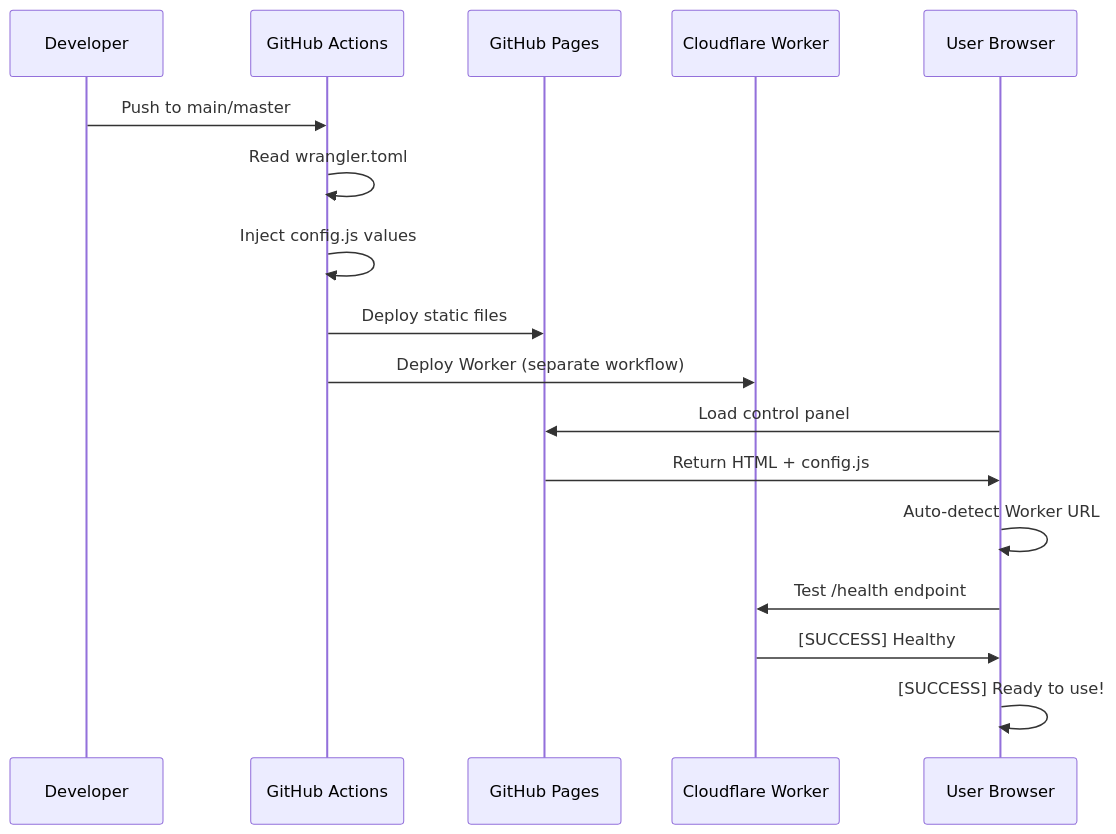
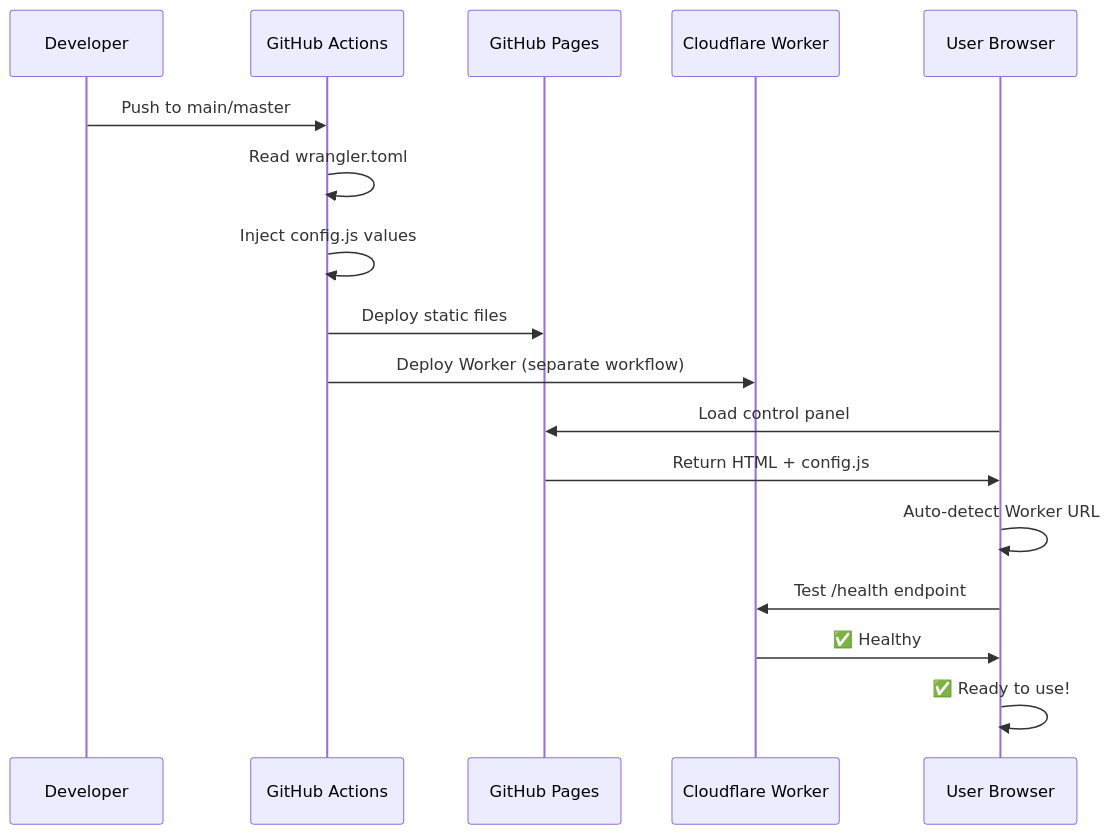
Before and after one commit to Underwood-Inc/strixun-stream-suite: the first of 2 diagrams in docs/guides/auto-configuration.md, drawn with Mermaid. The commit also changed other lines of this file and 483 other files, not shown here.

````diff
--- a/docs/guides/auto-configuration.md
+++ b/docs/guides/auto-configuration.md
@@ -51,21 +51,21 @@
 ```mermaid
 sequenceDiagram
     participant Dev as Developer
     participant GH as GitHub Actions
     participant Pages as GitHub Pages
     participant CF as Cloudflare Worker
     participant User as User Browser
 
     Dev->>GH: Push to main/master
     GH->>GH: Read wrangler.toml
     GH->>GH: Inject config.js values
     GH->>Pages: Deploy static files
     GH->>CF: Deploy Worker (separate workflow)
     
     User->>Pages: Load control panel
     Pages->>User: Return HTML + config.js
     User->>User: Auto-detect Worker URL
     User->>CF: Test /health endpoint
-    CF->>User: [SUCCESS] Healthy
-    User->>User: [SUCCESS] Ready to use!
+    CF->>User: ✅ Healthy
+    User->>User: ✅ Ready to use!
 ```
````
